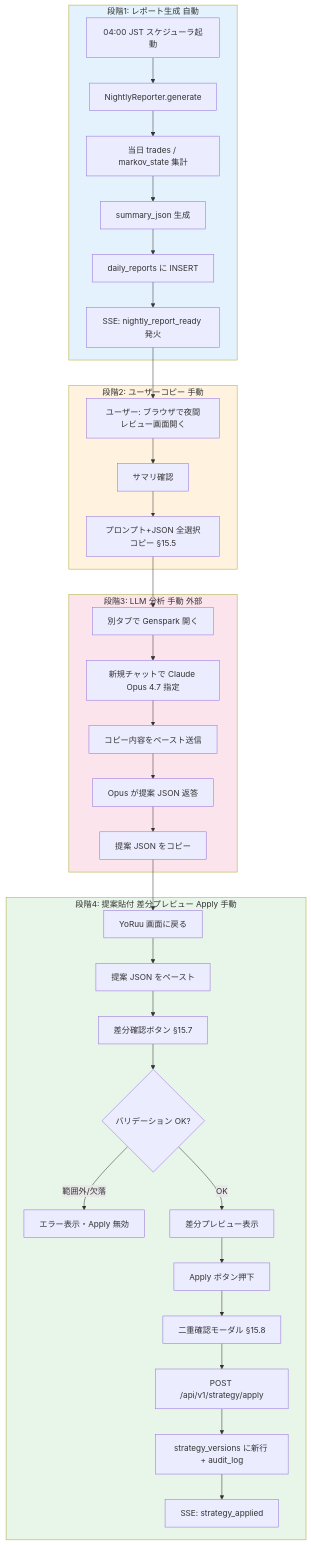
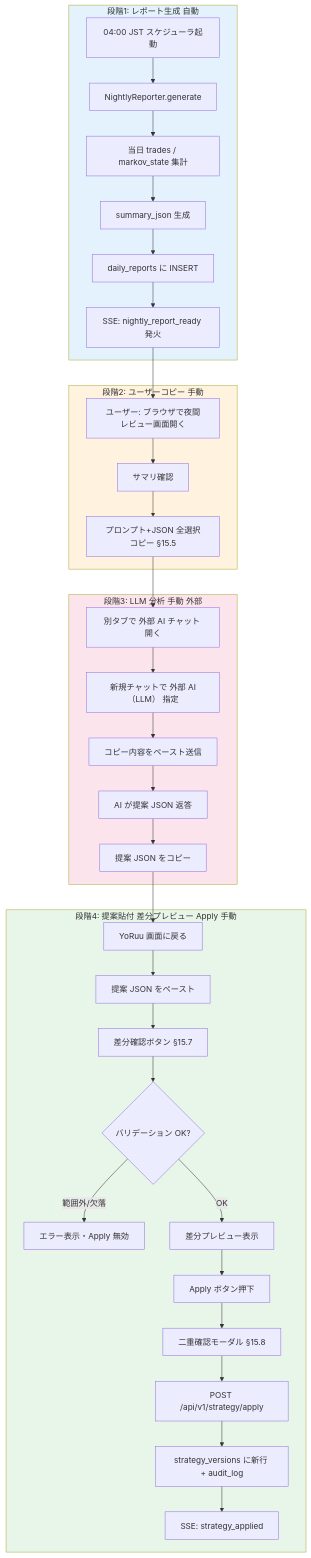
The first of 4 diagrams in docs/design/15_nightly_review.md (matrix9neonebuchadnezzar2199-sketch/YoRuu), drawn with Mermaid before and after one commit. The commit also changed other lines of this file and 16 other files, not shown here.

````diff
--- a/docs/design/15_nightly_review.md
+++ b/docs/design/15_nightly_review.md
@@ -73,43 +73,43 @@
 ```mermaid
 flowchart TD
     subgraph S1[段階1: レポート生成 自動]
         A1[04:00 JST スケジューラ起動] --> A2[NightlyReporter.generate]
         A2 --> A3[当日 trades / markov_state 集計]
         A3 --> A4[summary_json 生成]
         A4 --> A5[daily_reports に INSERT]
         A5 --> A6[SSE: nightly_report_ready 発火]
     end
 
     subgraph S2[段階2: ユーザーコピー 手動]
         A6 --> B1[ユーザー: ブラウザで夜間レビュー画面開く]
         B1 --> B2[サマリ確認]
         B2 --> B3[プロンプト+JSON 全選択コピー §15.5]
     end
 
     subgraph S3[段階3: LLM 分析 手動 外部]
-        B3 --> C1[別タブで Genspark 開く]
-        C1 --> C2[新規チャットで Claude Opus 4.7 指定]
+        B3 --> C1[別タブで 外部 AI チャット 開く]
+        C1 --> C2[新規チャットで 外部 AI（LLM） 指定]
         C2 --> C3[コピー内容をペースト送信]
-        C3 --> C4[Opus が提案 JSON 返答]
+        C3 --> C4[AI が提案 JSON 返答]
         C4 --> C5[提案 JSON をコピー]
     end
 
     subgraph S4[段階4: 提案貼付 差分プレビュー Apply 手動]
         C5 --> D1[YoRuu 画面に戻る]
         D1 --> D2[提案 JSON をペースト]
         D2 --> D3[差分確認ボタン §15.7]
         D3 --> D4{バリデーション OK?}
         D4 -->|範囲外/欠落| D5[エラー表示・Apply 無効]
         D4 -->|OK| D6[差分プレビュー表示]
         D6 --> D7[Apply ボタン押下]
         D7 --> D8[二重確認モーダル §15.8]
         D8 --> D9[POST /api/v1/strategy/apply]
         D9 --> D10[strategy_versions に新行 + audit_log]
         D10 --> D11[SSE: strategy_applied]
     end
 
     style S1 fill:#e3f2fd
     style S2 fill:#fff3e0
     style S3 fill:#fce4ec
     style S4 fill:#e8f5e9
 ```
````
